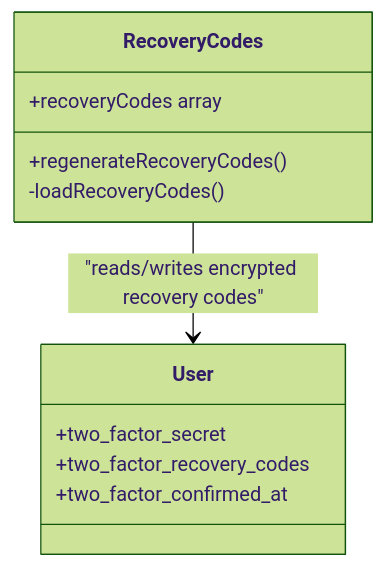
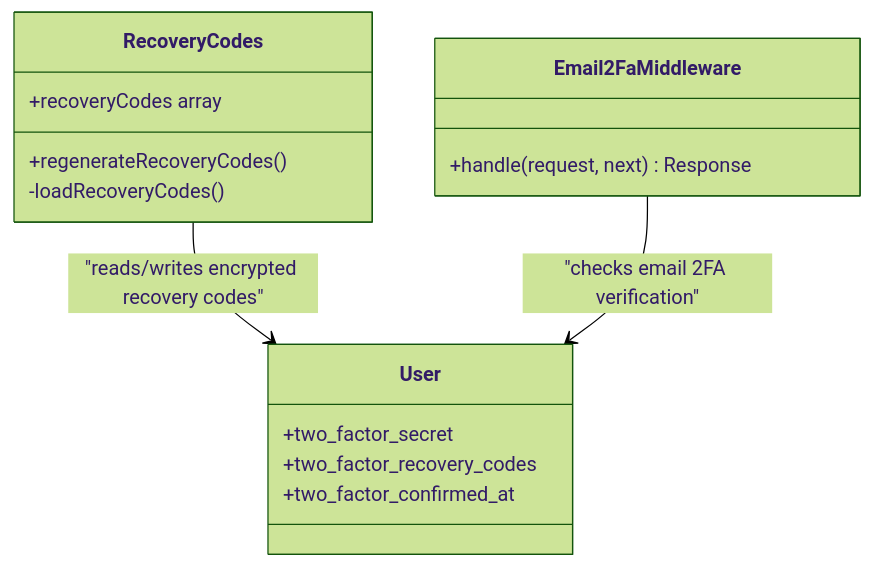
The ninth of 11 diagrams in .qoder/repowiki/en/content/Authentication & Authorization/Authentication & Authorization.md (younesgamer68/helpdesk-system), drawn with Mermaid (forest theme) before and after one commit. The commit also changed other lines of this file and 12 other files, not shown here.

````diff
--- a/.qoder/repowiki/en/content/Authentication & Authorization/Authentication & Authorization.md
+++ b/.qoder/repowiki/en/content/Authentication & Authorization/Authentication & Authorization.md
@@ -413,14 +470,18 @@
 ```mermaid
 classDiagram
 class User {
 +two_factor_secret
 +two_factor_recovery_codes
 +two_factor_confirmed_at
 }
 class RecoveryCodes {
 +recoveryCodes array
 +regenerateRecoveryCodes()
 -loadRecoveryCodes()
 }
+class Email2FaMiddleware {
++handle(request, next) Response
+}
 RecoveryCodes --> User : "reads/writes encrypted recovery codes"
+Email2FaMiddleware --> User : "checks email 2FA verification"
 ```
````
